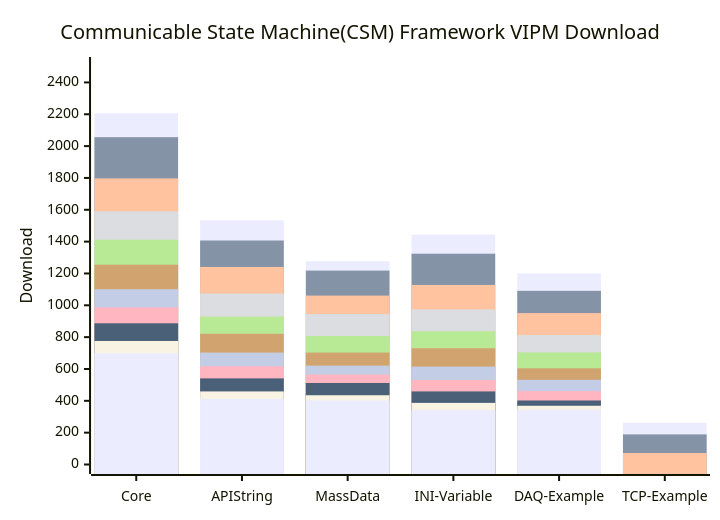
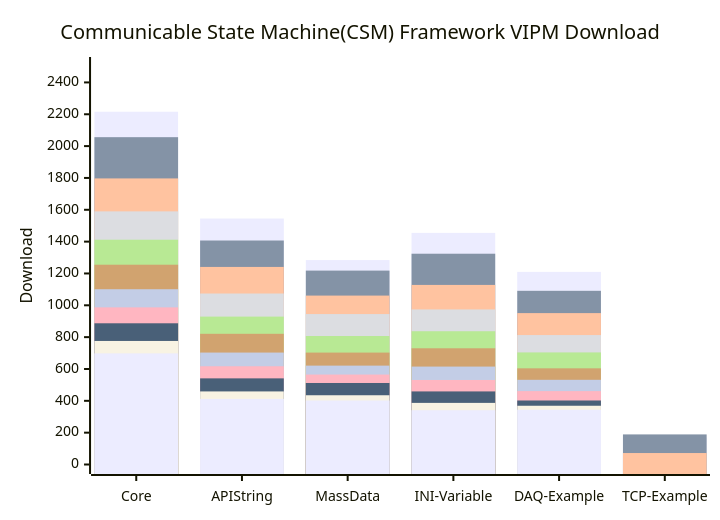
The diagram in profile/README.md (NEVSTOP-LAB/.github), drawn with Mermaid before and after one commit.

````diff
--- a/profile/README.md
+++ b/profile/README.md
@@ -31,17 +31,17 @@
 ```mermaid
     xychart-beta
     title "Communicable State Machine(CSM) Framework VIPM Download"
     x-axis [Core, API String, MassData, INI-Variable, DAQ-Example, TCP-Example]
     y-axis "Download" 0 --> 2500
-    bar   [2206, 1534, 1277, 1444, 1200, 263]
+    bar   [2216, 1545, 1284, 1455, 1210, 169]
     bar   [2056, 1407, 1218, 1324, 1091, 189]
     bar   [1797, 1241, 1061, 1128, 951, 72]
     bar   [1590, 1074, 945, 974, 813]
     bar   [1412, 929, 807, 837, 704]
     bar   [1255, 821, 703, 730, 604]
     bar   [1101, 703, 621, 615, 532]
     bar   [987, 617, 565, 531, 461]
     bar   [887, 541, 512, 459, 402]
     bar   [776, 459, 435, 387, 369]
     bar   [698, 412, 402, 341, 344]
 ```
````
